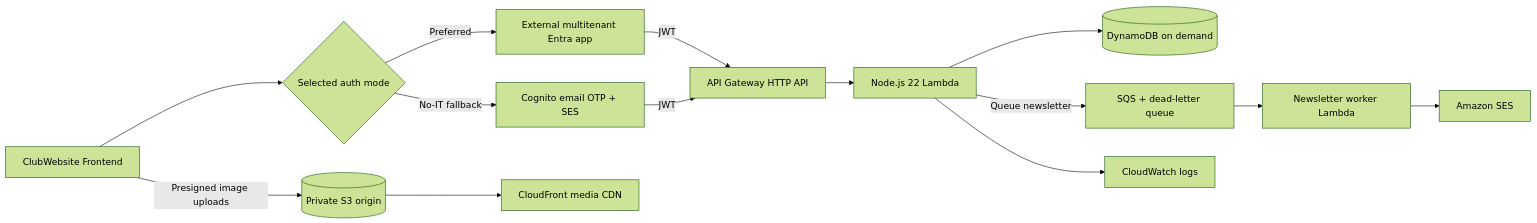
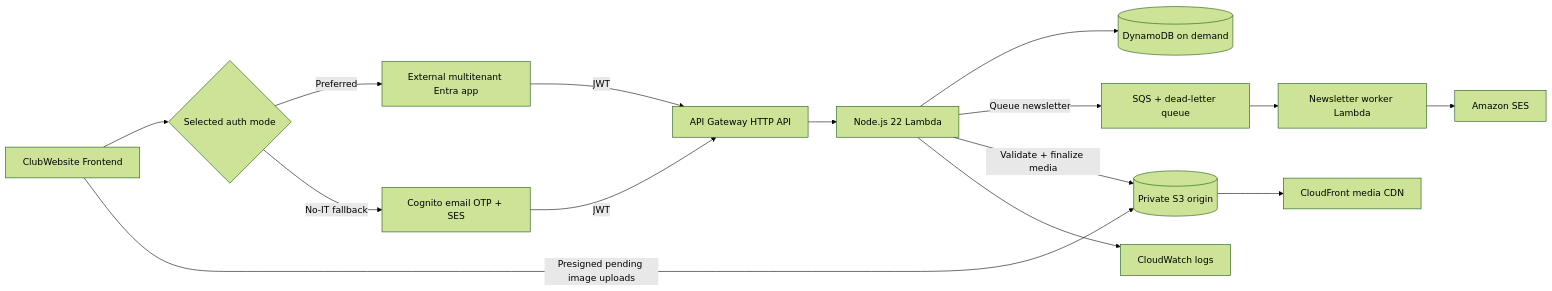
The diagram in README.md (Israel-Jauregui/CodeHawks-Backend), drawn with Mermaid (forest theme) before and after one commit. The commit also changed other lines of this file and 34 other files, not shown here.

````diff
--- a/README.md
+++ b/README.md
@@ -22,16 +22,17 @@
 ```mermaid
 flowchart LR
   SPA[ClubWebsite Frontend] --> AUTH{Selected auth mode}
   AUTH -->|Preferred| ENTRA[External multitenant Entra app]
   AUTH -->|No-IT fallback| COGNITO[Cognito email OTP + SES]
   ENTRA -->|JWT| APIGW[API Gateway HTTP API]
   COGNITO -->|JWT| APIGW
   APIGW --> LAMBDA[Node.js 22 Lambda]
   LAMBDA --> DB[(DynamoDB on demand)]
   LAMBDA -->|Queue newsletter| SQS[SQS + dead-letter queue]
   SQS --> WORKER[Newsletter worker Lambda]
   WORKER --> SES[Amazon SES]
-  SPA -->|Presigned image uploads| S3[(Private S3 origin)]
+  SPA -->|Presigned pending image uploads| S3[(Private S3 origin)]
+  LAMBDA -->|Validate + finalize media| S3
   S3 --> CDN[CloudFront media CDN]
   LAMBDA --> LOGS[CloudWatch logs]
 ```
````
